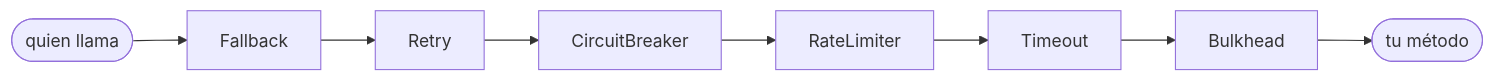
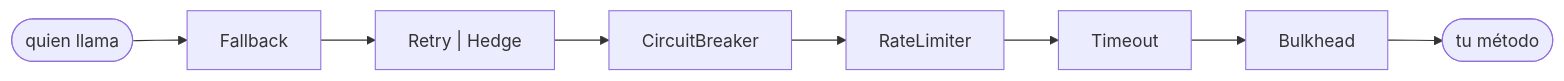
The diagram in docs/es/policies/README.md (fabiangftech/resilience4cata), drawn with Mermaid before and after one commit. The commit also changed other lines of this file and 183 other files, not shown here.

````diff
--- a/docs/es/policies/README.md
+++ b/docs/es/policies/README.md
@@ -34,4 +36,4 @@
 ```mermaid
 flowchart LR
-    caller(["quien llama"]) --> F["Fallback"] --> R["Retry"] --> C["CircuitBreaker"] --> L["RateLimiter"] --> T["Timeout"] --> B["Bulkhead"] --> M(["tu método"])
+    caller(["quien llama"]) --> F["Fallback"] --> R["Retry | Hedge"] --> C["CircuitBreaker"] --> L["RateLimiter"] --> T["Timeout"] --> B["Bulkhead"] --> M(["tu método"])
 ```
````
